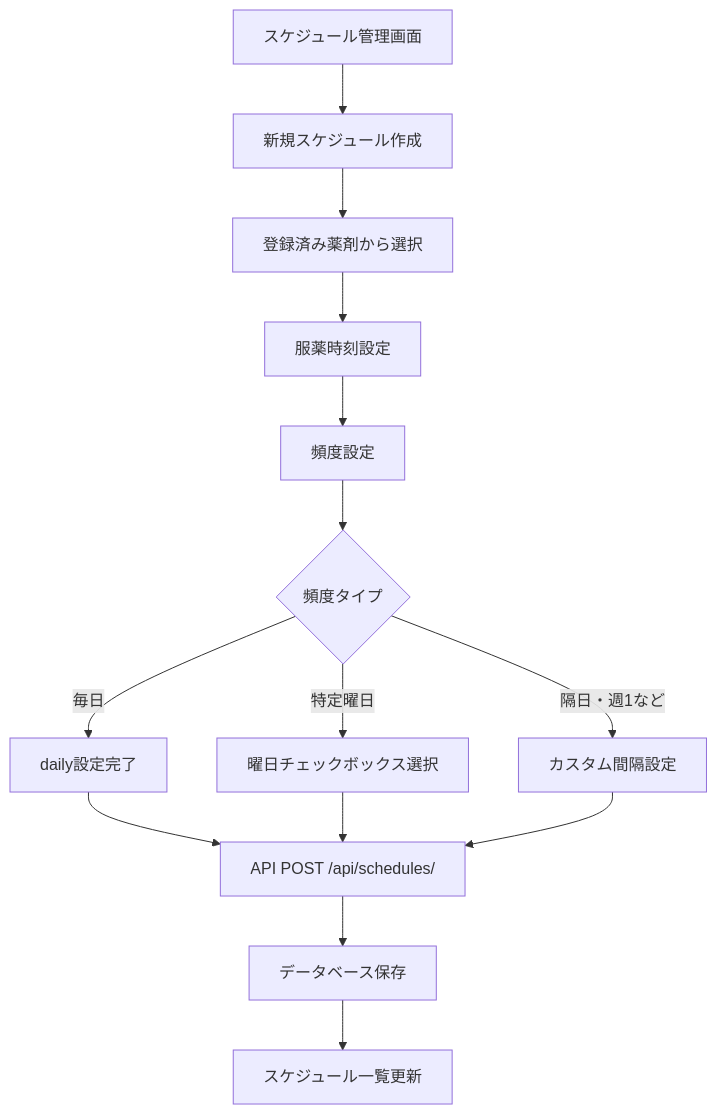
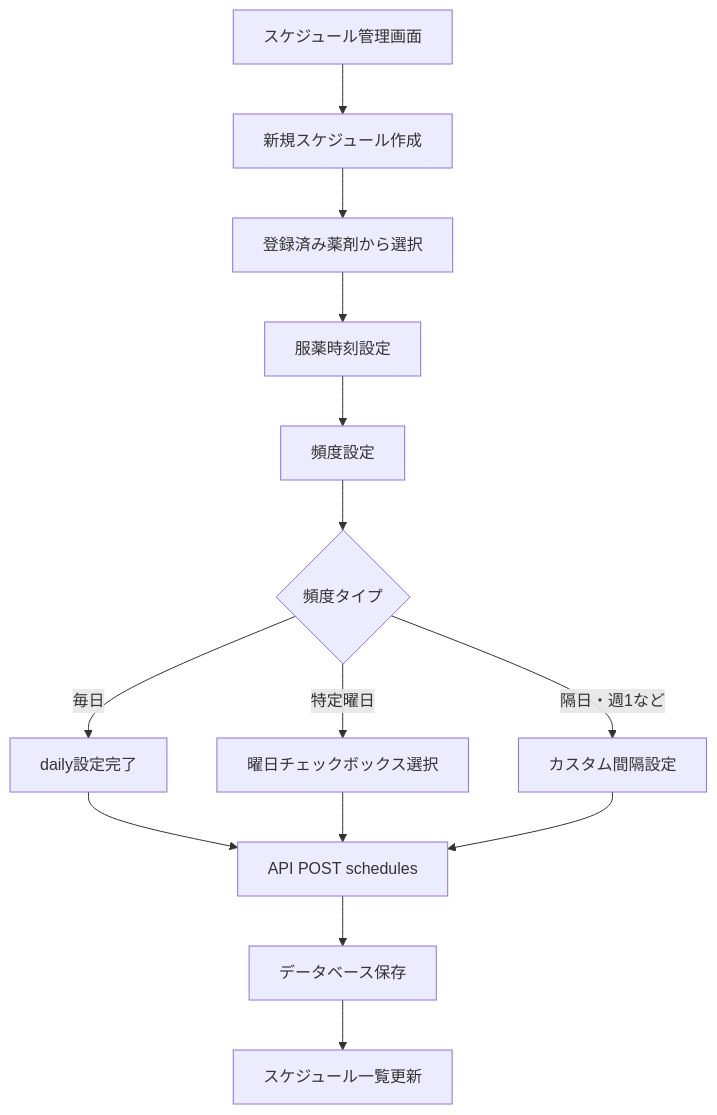
The fifth of 42 diagrams in features-flow.md (UtakataKyosui/RecommendMedicineServer), drawn with Mermaid before and after one commit. The commit also changed other lines of this file, not shown here.

First line of the commit message:
docs: Update features-flow.md

````diff
--- a/features-flow.md
+++ b/features-flow.md
@@ -91,16 +91,16 @@
 ```mermaid
 graph TD
     A[スケジュール管理画面] --> B[新規スケジュール作成]
     B --> C[登録済み薬剤から選択]
     C --> D[服薬時刻設定]
     D --> E[頻度設定]
     E --> F{頻度タイプ}
     F -->|毎日| G[daily設定完了]
     F -->|特定曜日| H[曜日チェックボックス選択]
     F -->|隔日・週1など| I[カスタム間隔設定]
-    G --> J[API POST /api/schedules/]
+    G --> J[API POST schedules]
     H --> J
     I --> J
     J --> K[データベース保存]
     K --> L[スケジュール一覧更新]
 ```
````
